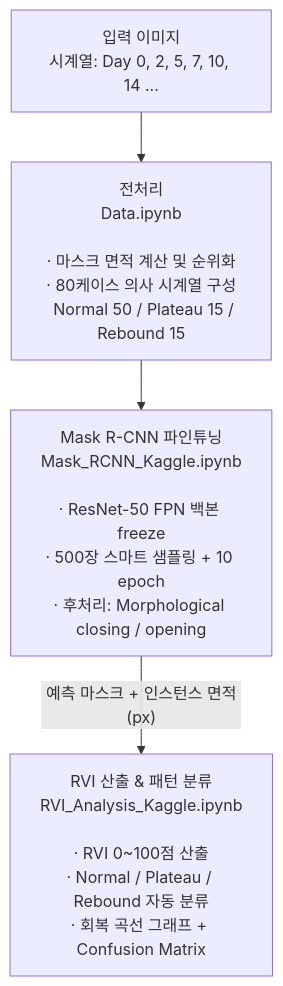
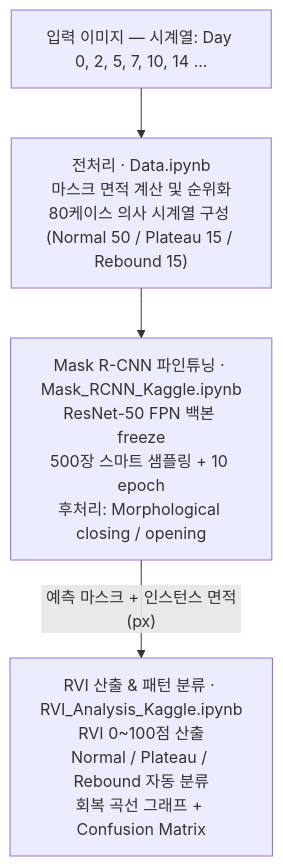
The diagram in README.md (SeoYeongBaek/wound-recovery-tracker), drawn with Mermaid before and after one commit.

Commit message:
Fix mermaid line breaks

````diff
--- a/README.md
+++ b/README.md
@@ -30,10 +30,7 @@
 ```mermaid
 flowchart TD
-    A["입력 이미지\n시계열: Day 0, 2, 5, 7, 10, 14 ..."] --> B
-
-    B["전처리\nData.ipynb\n\n· 마스크 면적 계산 및 순위화\n· 80케이스 의사 시계열 구성\n  Normal 50 / Plateau 15 / Rebound 15"]
-
-    B --> C["Mask R-CNN 파인튜닝\nMask_RCNN_Kaggle.ipynb\n\n· ResNet-50 FPN 백본 freeze\n· 500장 스마트 샘플링 + 10 epoch\n· 후처리: Morphological closing / opening"]
-
-    C -->|"예측 마스크 + 인스턴스 면적(px)"| D["RVI 산출 & 패턴 분류\nRVI_Analysis_Kaggle.ipynb\n\n· RVI 0~100점 산출\n· Normal / Plateau / Rebound 자동 분류\n· 회복 곡선 그래프 + Confusion Matrix"]
+    A["입력 이미지 — 시계열: Day 0, 2, 5, 7, 10, 14 ..."]
+    --> B["전처리 · Data.ipynb<br/>마스크 면적 계산 및 순위화<br/>80케이스 의사 시계열 구성 (Normal 50 / Plateau 15 / Rebound 15)"]
+    --> C["Mask R-CNN 파인튜닝 · Mask_RCNN_Kaggle.ipynb<br/>ResNet-50 FPN 백본 freeze<br/>500장 스마트 샘플링 + 10 epoch<br/>후처리: Morphological closing / opening"]
+    -->|"예측 마스크 + 인스턴스 면적(px)"| D["RVI 산출 & 패턴 분류 · RVI_Analysis_Kaggle.ipynb<br/>RVI 0~100점 산출<br/>Normal / Plateau / Rebound 자동 분류<br/>회복 곡선 그래프 + Confusion Matrix"]
 ```
````
